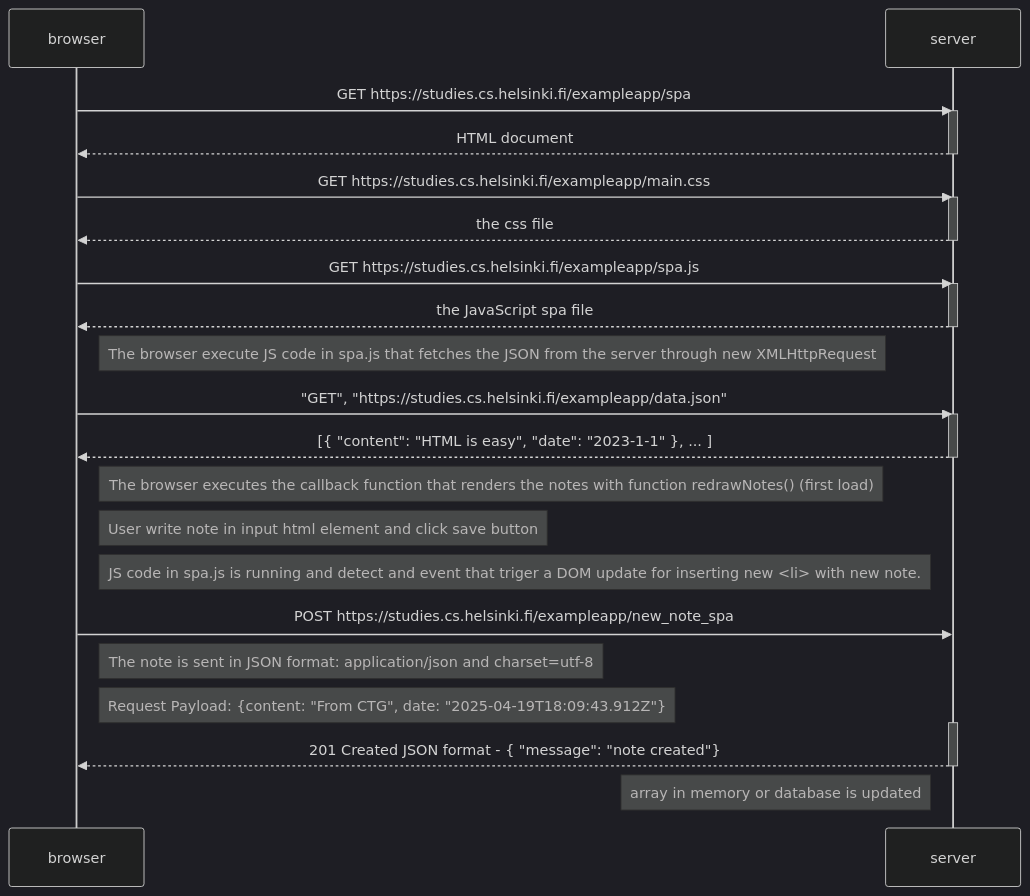
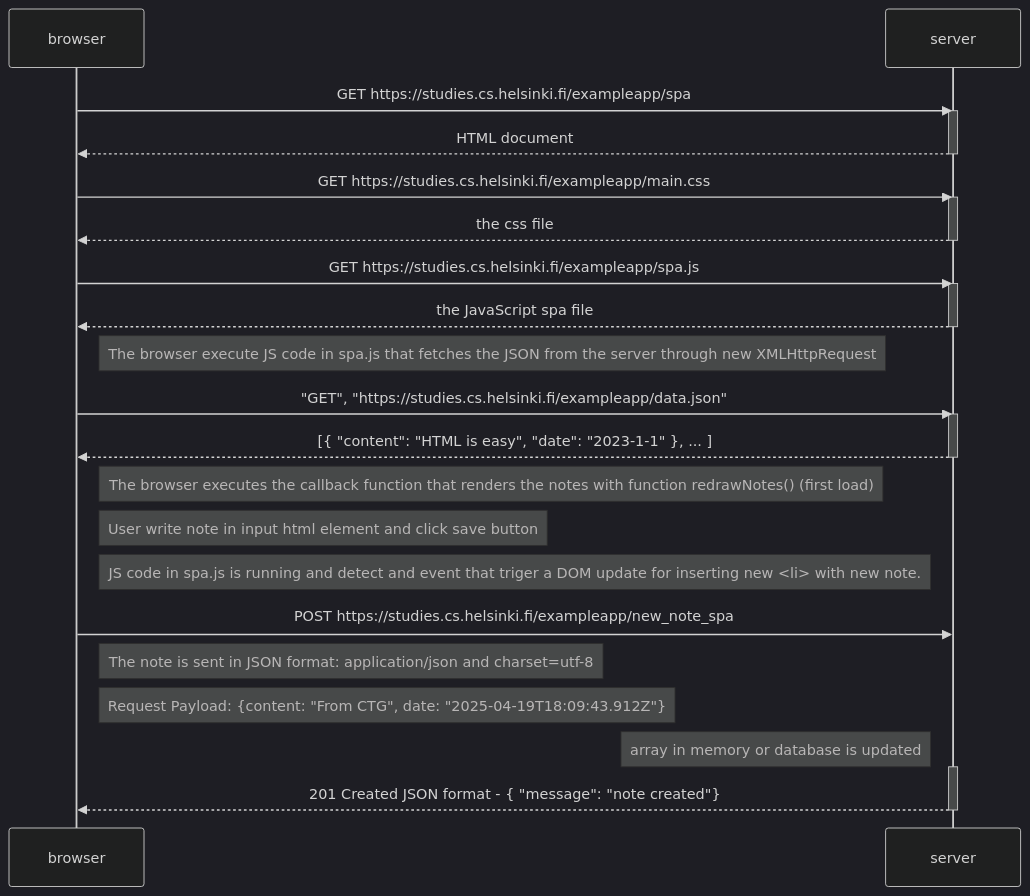
The diagram in 0.6-NewNoteSPA/README.md (gusanchefullstack/fs-part-0), drawn with Mermaid (dark theme) before and after one commit.

Commit message:
Actualiza el diagrama de secuencia en README.md para reflejar correctamente la actualización del array en memoria o base de datos tras la creación de una nota.

````diff
--- a/0.6-NewNoteSPA/README.md
+++ b/0.6-NewNoteSPA/README.md
@@ -1,51 +1,52 @@
 ```mermaid
 sequenceDiagram
     participant browser
     participant server
 
     browser->>server: GET https://studies.cs.helsinki.fi/exampleapp/spa
 
     activate server
     server-->>browser: HTML document
     deactivate server
 
     browser->>server: GET https://studies.cs.helsinki.fi/exampleapp/main.css
 
     activate server
     server-->>browser: the css file
     deactivate server
 
     browser->>server: GET https://studies.cs.helsinki.fi/exampleapp/spa.js
 
     activate server
     server-->>browser: the JavaScript spa file
     deactivate server
 
     Note right of browser: The browser execute JS code in spa.js that fetches the JSON from the server through new XMLHttpRequest 
 
     browser->>server: "GET", "https://studies.cs.helsinki.fi/exampleapp/data.json"
     
     activate server
     server-->>browser: [{ "content": "HTML is easy", "date": "2023-1-1" }, ... ]
     deactivate server
 
     Note right of browser: The browser executes the callback function that renders the notes with function redrawNotes() (first load)
 
     Note right of browser: User write note in input html element and click save button
 
     
     Note right of browser: JS code in spa.js is running and detect and event that triger a DOM update for inserting new <li> with new note. 
 
     browser->>server: POST https://studies.cs.helsinki.fi/exampleapp/new_note_spa
 
     Note right of browser: The note is sent in JSON format: application/json and charset=utf-8
 
     Note right of browser: Request Payload: {content: "From CTG", date: "2025-04-19T18:09:43.912Z"}
 
+    Note left of server: array in memory or database is updated
+    
     activate server
     server-->>browser: 201 Created JSON format - { "message": "note created"}
     deactivate server
 
-    Note left of server: array in memory or database is updated
 
 ```
````
